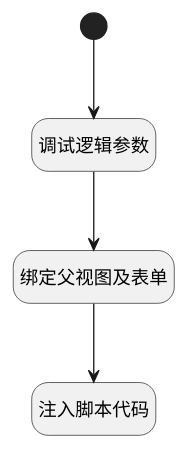
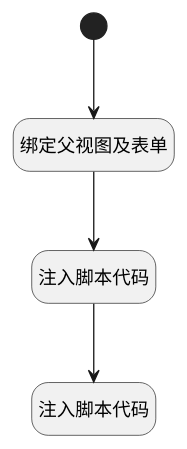
One commit to iBizLab/plm changed the diagram in doc/docsify/module/TestMgmt/review_content/uilogic/open_result.md. Above: the diagram before and after it, drawn with PlantUML. The commit also changed other lines of this file and 818 other files, not shown here.

````diff
--- a/doc/docsify/module/TestMgmt/review_content/uilogic/open_result.md
+++ b/doc/docsify/module/TestMgmt/review_content/uilogic/open_result.md
@@ -7,23 +7,23 @@
 ```plantuml
 @startuml
 hide footbox
 <style>
 root {
   HyperlinkColor #42b983
 }
 </style>
 
 hide empty description
 state "开始" as Begin <<start>> [[$./open_result#begin {开始}]]
 state "注入脚本代码" as RAWJSCODE2  [[$./open_result#rawjscode2 {注入脚本代码}]]
 state "绑定父视图及表单" as PREPAREJSPARAM1  [[$./open_result#preparejsparam1 {绑定父视图及表单}]]
-state "调试逻辑参数" as DEBUGPARAM1  [[$./open_result#debugparam1 {调试逻辑参数}]]
+state "注入脚本代码" as RAWJSCODE3  [[$./open_result#rawjscode3 {注入脚本代码}]]
 
 
-Begin --> DEBUGPARAM1
-DEBUGPARAM1 --> PREPAREJSPARAM1
+Begin --> PREPAREJSPARAM1
 PREPAREJSPARAM1 --> RAWJSCODE2
+RAWJSCODE2 --> RAWJSCODE3
 
 
 @enduml
 ```
````
